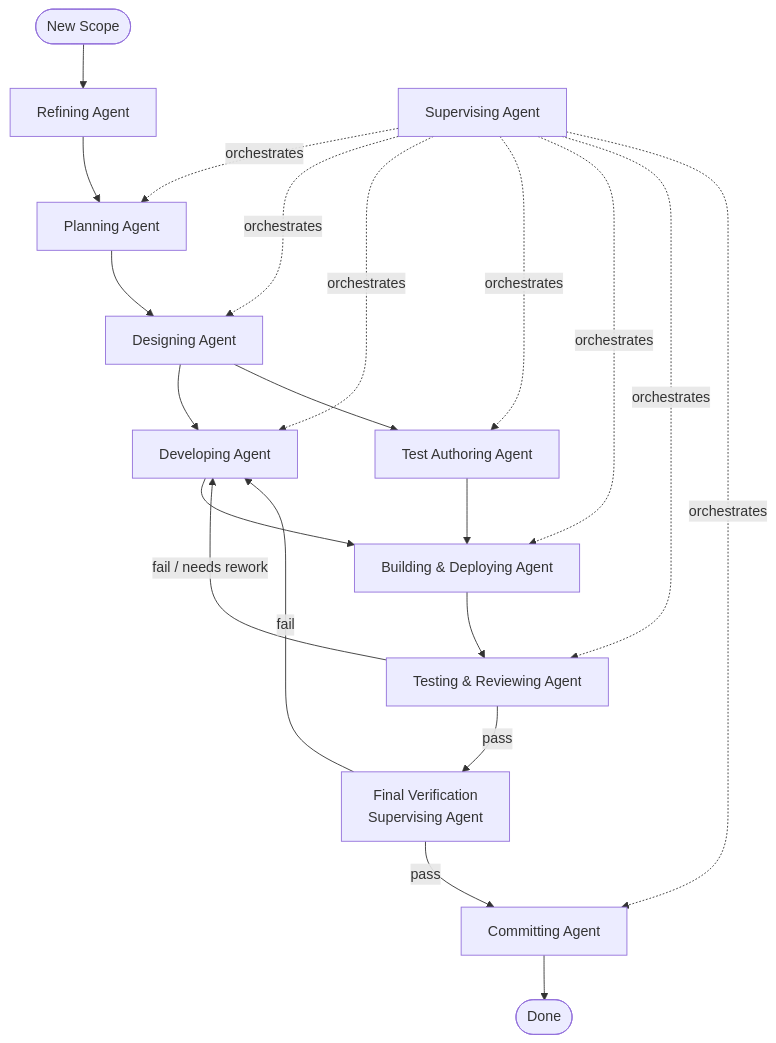
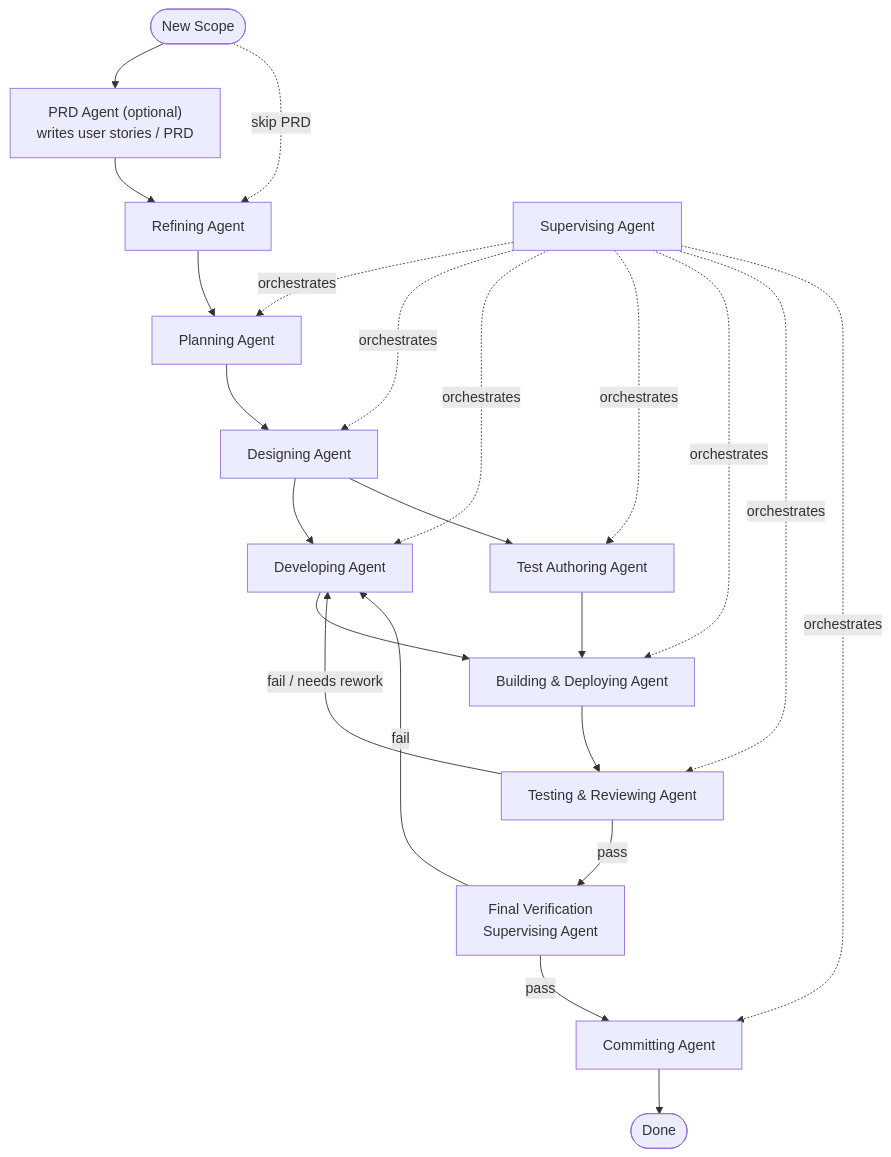
The third of 3 diagrams in README.md (hjhun/dormammu), drawn with Mermaid before and after one commit. The commit also changed other lines of this file, not shown here.

````diff
--- a/README.md
+++ b/README.md
@@ -186,24 +186,26 @@
 ```mermaid
 flowchart TD
-    Start([New Scope]) --> refine[Refining Agent]
+    Start([New Scope]) --> prd["PRD Agent (optional)<br/>writes user stories / PRD"]
+    prd --> refine[Refining Agent]
+    Start -. skip PRD .-> refine
     refine --> plan[Planning Agent]
     plan --> design[Designing Agent]
     design --> develop[Developing Agent]
     design --> testauth[Test Authoring Agent]
     develop --> build[Building & Deploying Agent]
     testauth --> build
     build --> review[Testing & Reviewing Agent]
     review -- "fail / needs rework" --> develop
     review -- pass --> finalverify["Final Verification<br/>Supervising Agent"]
     finalverify -- fail --> develop
     finalverify -- pass --> commit[Committing Agent]
     commit --> Done([Done])
 
     supervisor[Supervising Agent] -. orchestrates .-> plan
     supervisor -. orchestrates .-> design
     supervisor -. orchestrates .-> develop
     supervisor -. orchestrates .-> testauth
     supervisor -. orchestrates .-> build
     supervisor -. orchestrates .-> review
     supervisor -. orchestrates .-> commit
 ```
````
